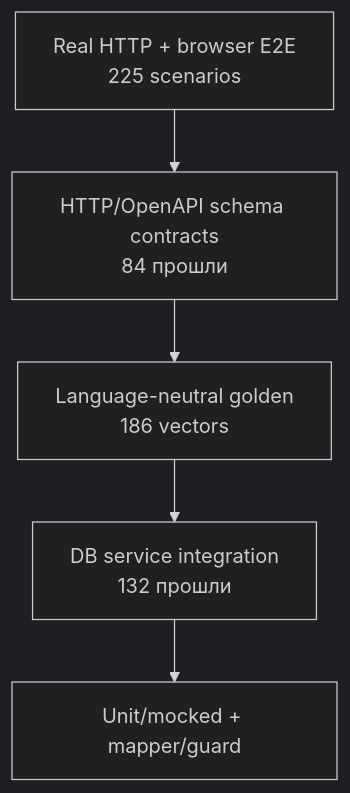
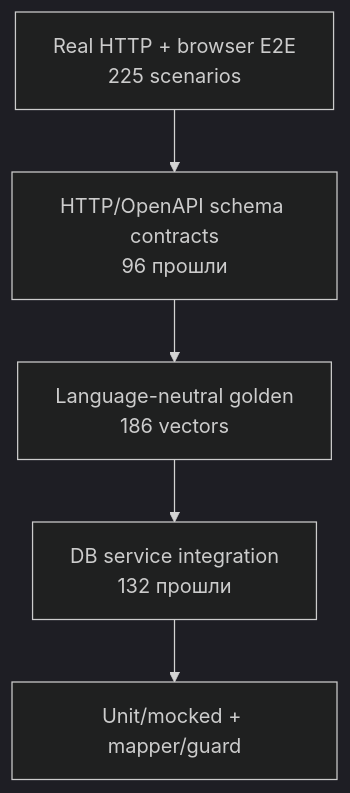
The diagram in docs/architecture/07-testing-and-quality.md (b4s1l3k/oh-my-slopwise), drawn with Mermaid (dark theme) before and after one commit. The commit also changed other lines of this file and 11 other files, not shown here.

Commit message:
docs: align architecture with current implementation

````diff
--- a/docs/architecture/07-testing-and-quality.md
+++ b/docs/architecture/07-testing-and-quality.md
@@ -158,10 +179,10 @@
 ```mermaid
 flowchart TB
     e2e[Real HTTP + browser E2E\n225 scenarios]
-    runtime[HTTP/OpenAPI schema contracts\n84 прошли]
+    runtime[HTTP/OpenAPI schema contracts\n96 прошли]
     golden[Language-neutral golden\n186 vectors]
     db[DB service integration\n132 прошли]
     unit[Unit/mocked + mapper/guard]
 
     e2e --> runtime --> golden --> db --> unit
 ```
````
